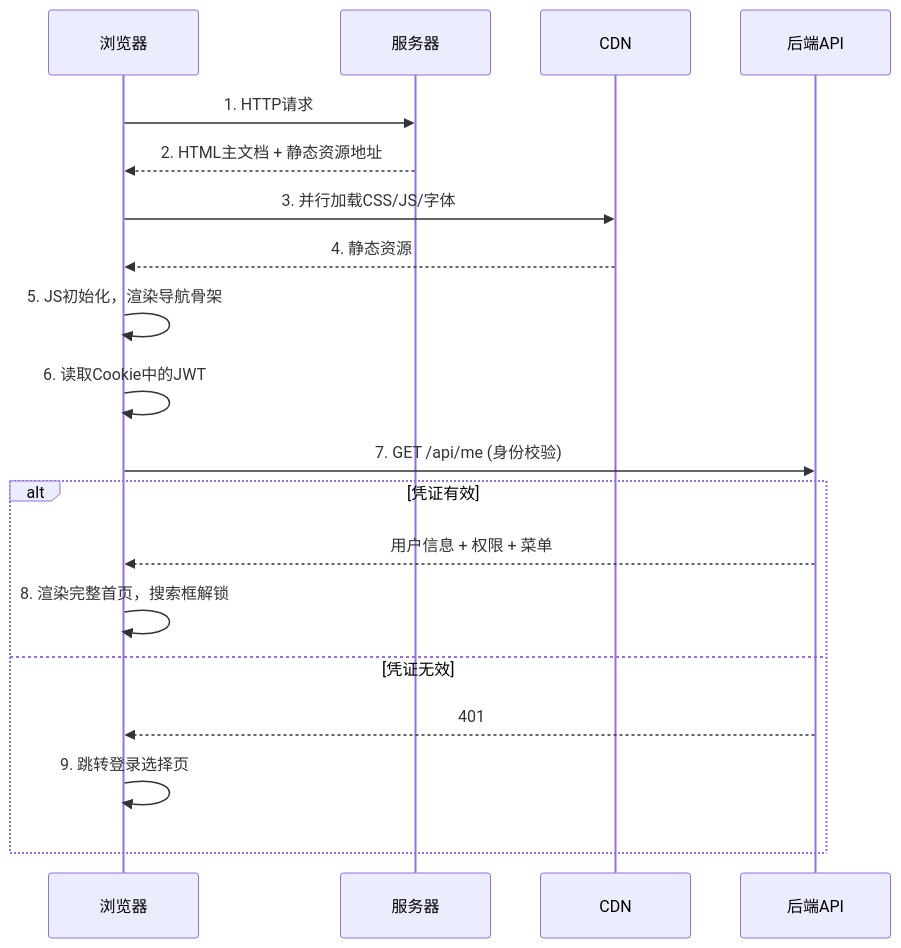
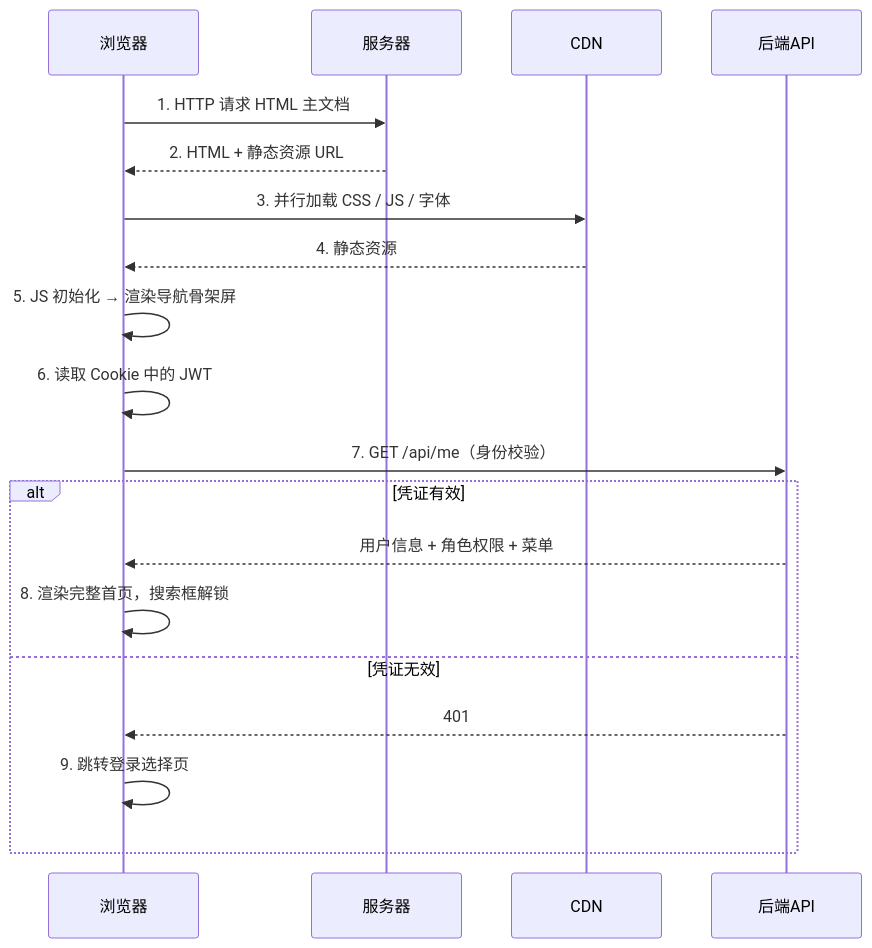
One commit to fri555/PORTL changed the fourth of 24 diagrams in docs/需求文档/AI工作门户-MVP-PRD.md. Above: the diagram before and after it, drawn with Mermaid. The commit also changed other lines of this file and 55 other files, not shown here.

````diff
--- a/docs/需求文档/AI工作门户-MVP-PRD.md
+++ b/docs/需求文档/AI工作门户-MVP-PRD.md
@@ -195,22 +229,22 @@
 ```mermaid
 sequenceDiagram
     participant Browser as 浏览器
     participant Server as 服务器
     participant CDN as CDN
     participant API as 后端API
 
-    Browser->>Server: 1. HTTP请求
-    Server-->>Browser: 2. HTML主文档 + 静态资源地址
-    Browser->>CDN: 3. 并行加载CSS/JS/字体
+    Browser->>Server: 1. HTTP 请求 HTML 主文档
+    Server-->>Browser: 2. HTML + 静态资源 URL
+    Browser->>CDN: 3. 并行加载 CSS / JS / 字体
     CDN-->>Browser: 4. 静态资源
-    Browser->>Browser: 5. JS初始化，渲染导航骨架
-    Browser->>Browser: 6. 读取Cookie中的JWT
-    Browser->>API: 7. GET /api/me (身份校验)
+    Browser->>Browser: 5. JS 初始化 → 渲染导航骨架屏
+    Browser->>Browser: 6. 读取 Cookie 中的 JWT
+    Browser->>API: 7. GET /api/me（身份校验）
     alt 凭证有效
-        API-->>Browser: 用户信息 + 权限 + 菜单
+        API-->>Browser: 用户信息 + 角色权限 + 菜单
         Browser->>Browser: 8. 渲染完整首页，搜索框解锁
     else 凭证无效
         API-->>Browser: 401
         Browser->>Browser: 9. 跳转登录选择页
     end
 ```
````
